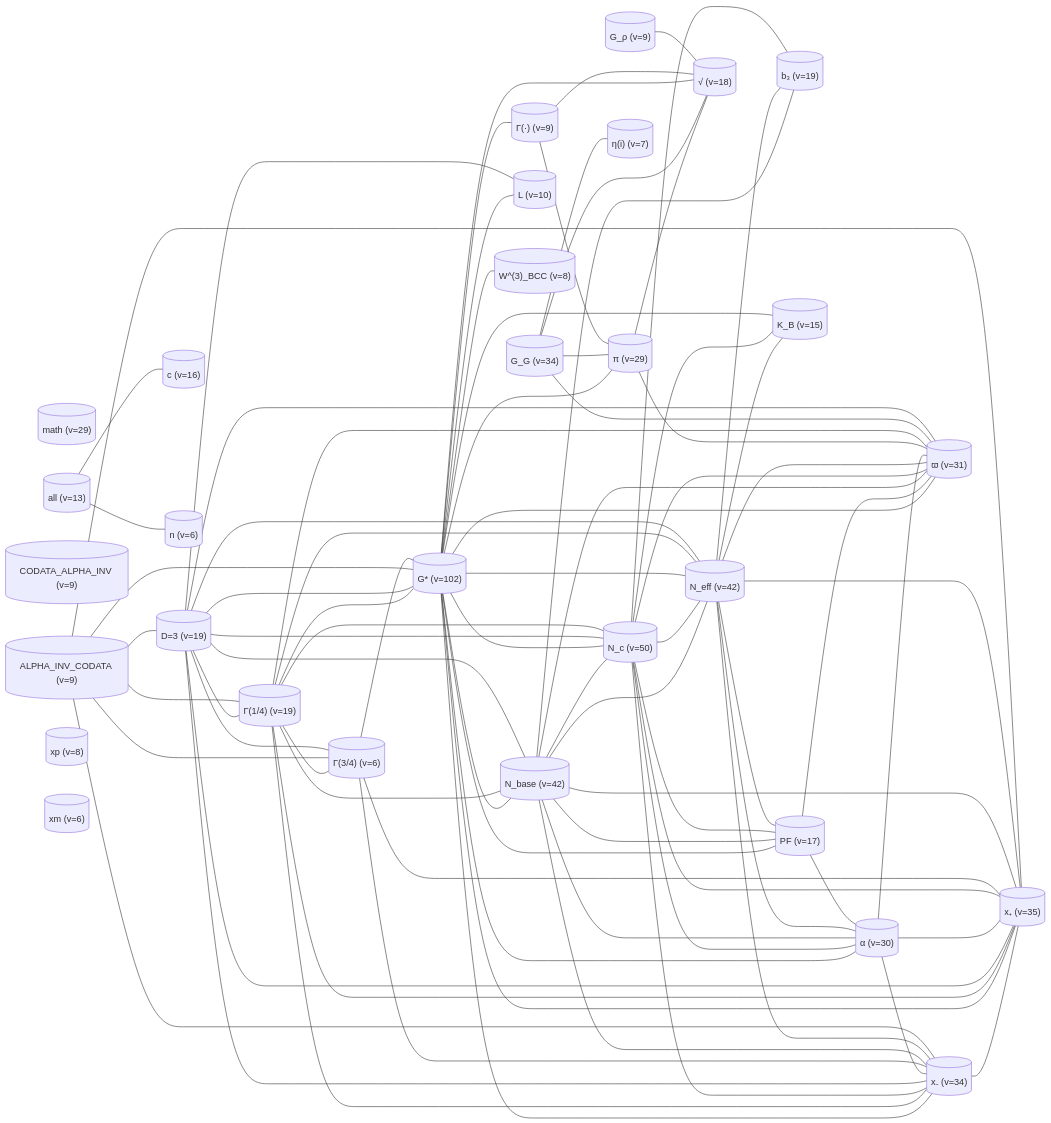
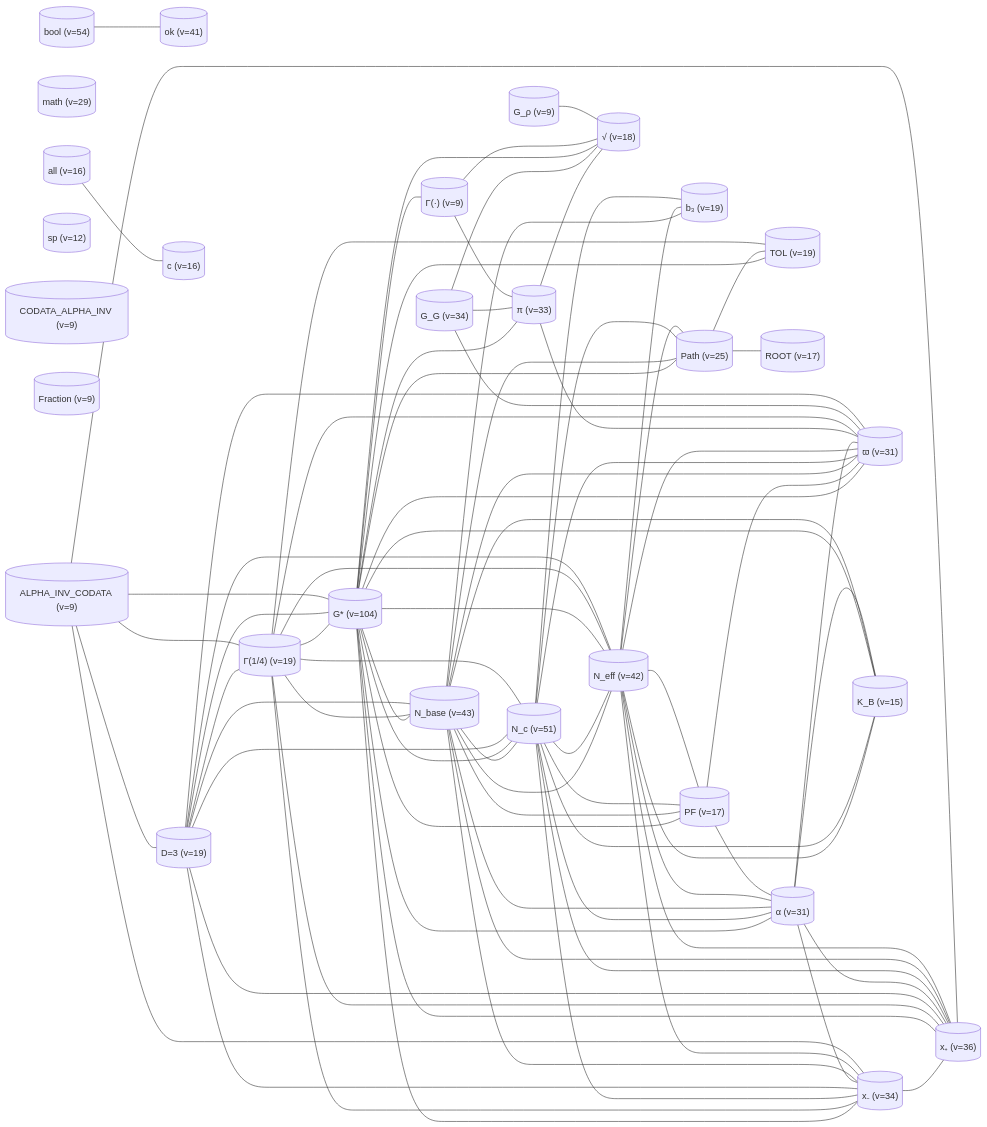
One commit to cpaci-tani/Foundational-Ternary-Dynamics changed diagram 16 of 16 in docs/theory/09_mathematical/NODE_MAP_FTD_MATH.md. Above: the diagram before and after it, drawn with Mermaid. The commit also changed other lines of this file and 103 other files, not shown here.

````diff
--- a/docs/theory/09_mathematical/NODE_MAP_FTD_MATH.md
+++ b/docs/theory/09_mathematical/NODE_MAP_FTD_MATH.md
@@ -849,48 +987,50 @@
 ```mermaid
 graph LR
-    Gstar[("G* (v=102)")]
-    N_c[("N_c (v=50)")]
-    N_base[("N_base (v=42)")]
+    Gstar[("G* (v=104)")]
+    bool[("bool (v=54)")]
+    N_c[("N_c (v=51)")]
+    N_base[("N_base (v=43)")]
     N_eff[("N_eff (v=42)")]
-    x_plus[("x₊ (v=35)")]
+    ok[("ok (v=41)")]
+    x_plus[("x₊ (v=36)")]
     G_G[("G_G (v=34)")]
     x_minus[("x₋ (v=34)")]
+    pi[("π (v=33)")]
     varpi[("ϖ (v=31)")]
-    alpha[("α (v=30)")]
-    pi[("π (v=29)")]
+    alpha[("α (v=31)")]
     math[("math (v=29)")]
+    Path[("Path (v=25)")]
     b_3[("b₃ (v=19)")]
     D[("D=3 (v=19)")]
     Gamma_quarter[("Γ(1/4) (v=19)")]
+    TOL[("TOL (v=19)")]
     sqrt[("√ (v=18)")]
     PF[("PF (v=17)")]
+    ROOT[("ROOT (v=17)")]
     c_speed[("c (v=16)")]
+    all[("all (v=16)")]
     k_B[("K_B (v=15)")]
-    all[("all (v=13)")]
-    L[("L (v=10)")]
+    sp[("sp (v=12)")]
     G_rho[("G_ρ (v=9)")]
     gamma_fn[("Γ(·) (v=9)")]
     CODATA_ALPHA_INV[("CODATA_ALPHA_INV (v=9)")]
+    Fraction[("Fraction (v=9)")]
     ALPHA_INV_CODATA[("ALPHA_INV_CODATA (v=9)")]
-    W3[("W^(3)_BCC (v=8)")]
-    xp[("xp (v=8)")]
-    eta_i[("η(i) (v=7)")]
-    Gamma_three_quarter[("Γ(3/4) (v=6)")]
-    xm[("xm (v=6)")]
-    n[("n (v=6)")]
     N_base --- N_c
     x_minus --- x_plus
     N_base --- N_eff
     Gstar --- N_c
     Gstar --- N_base
     N_c --- N_eff
+    bool --- ok
     Gstar --- N_eff
     Gstar --- alpha
+    N_c --- alpha
+    Gstar --- x_plus
     Gamma_quarter --- Gstar
-    N_c --- alpha
     Gstar --- x_minus
-    Gstar --- x_plus
     N_base --- alpha
+    Path --- ROOT
     Gstar --- varpi
     N_eff --- alpha
     pi --- sqrt
@@ -915,12 +1055,9 @@
     N_eff --- b_3
     ALPHA_INV_CODATA --- Gstar
     G_G --- sqrt
-    G_G --- eta_i
     N_c --- b_3
     N_c --- x_minus
     D --- N_c
-    Gamma_quarter --- Gamma_three_quarter
-    Gamma_three_quarter --- Gstar
     D --- x_minus
     D --- x_plus
     alpha --- x_minus
@@ -928,24 +1065,20 @@
     Gamma_quarter --- N_base
     Gamma_quarter --- N_c
     Gamma_quarter --- N_eff
+    Gstar --- TOL
     Gstar --- sqrt
     pi --- varpi
     gamma_fn --- sqrt
     Gstar --- gamma_fn
     N_eff --- k_B
     ALPHA_INV_CODATA --- Gamma_quarter
-    ALPHA_INV_CODATA --- Gamma_three_quarter
     N_c --- x_plus
     Gamma_quarter --- varpi
-    Gstar --- L
+    Path --- TOL
     G_G --- varpi
     N_c --- k_B
     all --- c_speed
-    Gstar --- W3
     ALPHA_INV_CODATA --- D
-    D --- Gamma_three_quarter
-    Gamma_three_quarter --- x_minus
-    Gamma_three_quarter --- x_plus
     N_base --- x_minus
     N_base --- x_plus
     N_eff --- x_minus
@@ -953,10 +1086,15 @@
     D --- N_base
     D --- N_eff
     D --- varpi
-    D --- L
     G_rho --- sqrt
-    all --- n
     ALPHA_INV_CODATA --- x_minus
     ALPHA_INV_CODATA --- x_plus
+    Gstar --- Path
+    N_base --- Path
+    N_c --- Path
+    N_eff --- Path
+    Gamma_quarter --- TOL
     Gstar --- k_B
+    N_base --- k_B
+    alpha --- k_B
 ```
````
